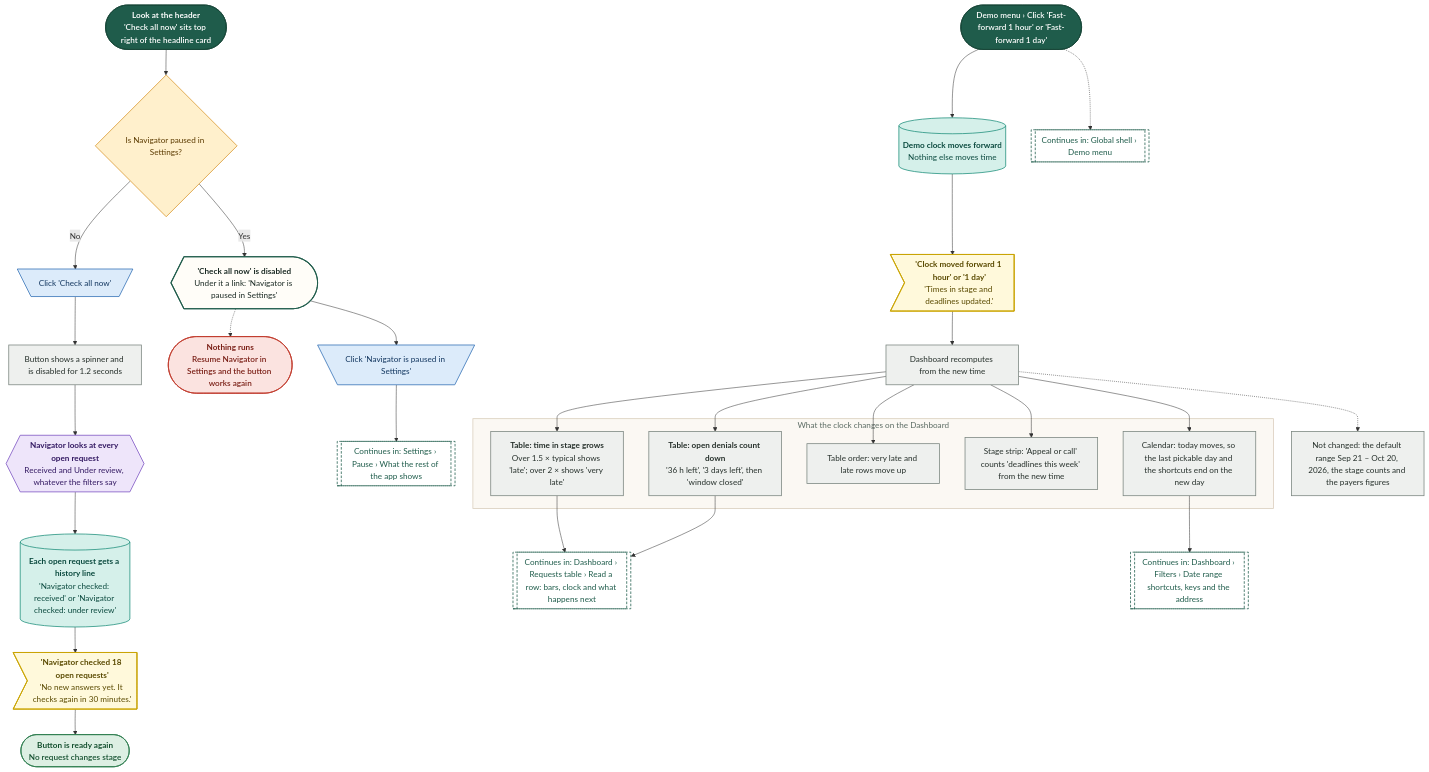
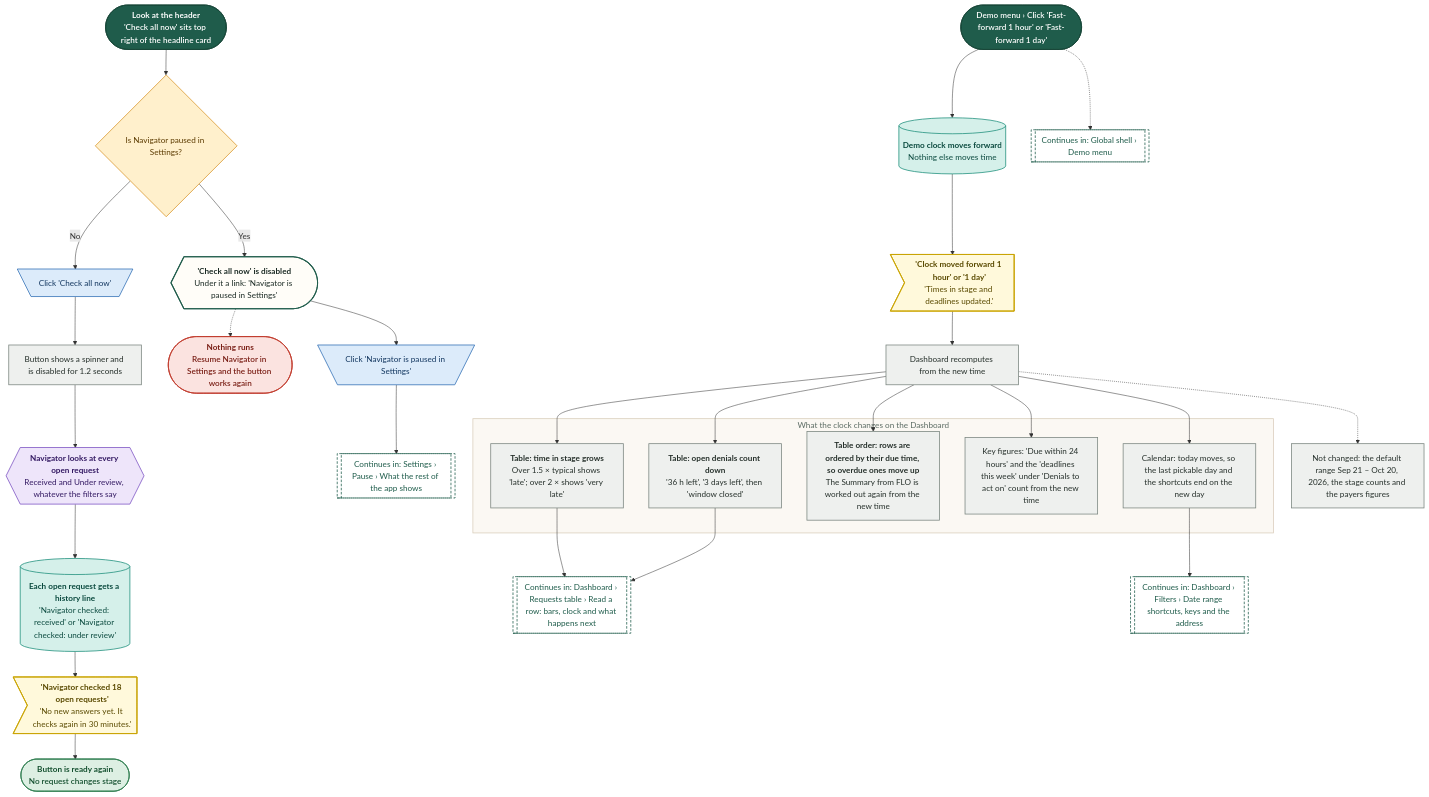
One commit to Shrav143/psyfloapp changed the third of 21 diagrams in demos/prior-auth-demo/workflows/out/md/02-dashboard.md. Above: the diagram before and after it, drawn with Mermaid. The commit also changed other lines of this file and 192 other files, not shown here.

First line of the commit message:
docs: changelog by sidebar tab; README, diagrams and Settings layout aligned with the refinement; shared InfoTip; referral cost-share line

````diff
--- a/demos/prior-auth-demo/workflows/out/md/02-dashboard.md
+++ b/demos/prior-auth-demo/workflows/out/md/02-dashboard.md
@@ -181,70 +195,70 @@
 ```mermaid
 %%{init: {"theme":"base","themeVariables":{"fontFamily":"'DM Sans', 'Segoe UI', system-ui, sans-serif","fontSize":"15px","lineColor":"#5B6B63","primaryTextColor":"#1C2B25","clusterBkg":"#FBF8F3","clusterBorder":"#D9CDBB","edgeLabelBackground":"#FFFFFF"},"flowchart":{"curve":"basis","nodeSpacing":36,"rankSpacing":48,"padding":12,"htmlLabels":true,"useMaxWidth":false,"wrappingWidth":230}} }%%
 flowchart TD
   classDef k_start fill:#1F5C4B,stroke:#174638,color:#FFFFFF,stroke-width:1.5px,font-weight:600
   classDef k_end fill:#DDEFE3,stroke:#2E7D4F,color:#14502F,stroke-width:1.5px,font-weight:600
   classDef k_endx fill:#FBE3E0,stroke:#C0392B,color:#7A1F16,stroke-width:1.5px,font-weight:600
   classDef k_screen fill:#FFFDF8,stroke:#1F5C4B,color:#1C2B25,stroke-width:2px
   classDef k_overlay fill:#F1F7F3,stroke:#1F5C4B,color:#1C2B25,stroke-width:2px,stroke-dasharray:5 3
   classDef k_click fill:#DCEBFA,stroke:#2F6DB5,color:#12365F,stroke-width:1.5px
   classDef k_input fill:#E4E7FF,stroke:#4C5FD5,color:#1D2670,stroke-width:1.5px
   classDef k_process fill:#EEF0EE,stroke:#7A857F,color:#26302B,stroke-width:1.5px
   classDef k_agent fill:#EEE5FA,stroke:#7A4FC2,color:#341A63,stroke-width:1.5px
   classDef k_decision fill:#FFF0CC,stroke:#D9962B,color:#5C3B00,stroke-width:1.5px
   classDef k_store fill:#D5F0EA,stroke:#1C8E7B,color:#0B4A3F,stroke-width:1.5px
   classDef k_doc fill:#F6E9DC,stroke:#B07A4C,color:#4A2E14,stroke-width:1.5px
   classDef k_ext fill:#FFE6D2,stroke:#E07B39,color:#6B2F06,stroke-width:1.5px
   classDef k_wait fill:#E4E8EE,stroke:#6B7C93,color:#26303D,stroke-width:1.5px
   classDef k_toast fill:#FFF9DB,stroke:#C9A400,color:#5A4A00,stroke-width:1.5px
   classDef k_goto fill:#FFFFFF,stroke:#1F5C4B,color:#1F5C4B,stroke-width:1.5px,stroke-dasharray:5 3
   s0@{ shape: stadium, label: "<b>Look at the header</b><br/>'Check all now' sits top right of the headline card" }
   dp@{ shape: diam, label: "Is Navigator paused in Settings?" }
   sp@{ shape: curv-trap, label: "<b>'Check all now' is disabled</b><br/>Under it a link: 'Navigator is paused in Settings'" }
   cs@{ shape: trap-t, label: "Click 'Navigator is paused in Settings'" }
   gs@{ shape: subproc, label: "Continues in: Settings › Pause › What the rest of the app shows" }
   xs@{ shape: stadium, label: "<b>Nothing runs</b><br/>Resume Navigator in Settings and the button works again" }
   s1@{ shape: trap-t, label: "Click 'Check all now'" }
   p1@{ shape: rect, label: "Button shows a spinner and is disabled for 1.2 seconds" }
   a1@{ shape: hex, label: "<b>Navigator looks at every open request</b><br/>Received and Under review, whatever the filters say" }
   w1@{ shape: cyl, label: "<b>Each open request gets a history line</b><br/>'Navigator checked: received' or 'Navigator checked: under review'" }
   t1@{ shape: odd, label: "<b>'Navigator checked 18 open requests'</b><br/>'No new answers yet. It checks again in 30 minutes.'" }
   e1@{ shape: stadium, label: "<b>Button is ready again</b><br/>No request changes stage" }
   s2@{ shape: stadium, label: "Demo menu › Click 'Fast-forward 1 hour' or 'Fast-forward 1 day'" }
   c1@{ shape: cyl, label: "<b>Demo clock moves forward</b><br/>Nothing else moves time" }
   t2@{ shape: odd, label: "<b>'Clock moved forward 1 hour' or '1 day'</b><br/>'Times in stage and deadlines updated.'" }
   p2@{ shape: rect, label: "Dashboard recomputes from the new time" }
   subgraph gClock ["What the clock changes on the Dashboard"]
   r1@{ shape: rect, label: "<b>Table: time in stage grows</b><br/>Over 1.5 × typical shows 'late'; over 2 × shows 'very late'" }
   r2@{ shape: rect, label: "<b>Table: open denials count down</b><br/>'36 h left', '3 days left', then 'window closed'" }
-  r3@{ shape: rect, label: "Table order: very late and late rows move up" }
-  r4@{ shape: rect, label: "Stage strip: 'Appeal or call' counts 'deadlines this week' from the new time" }
+  r3@{ shape: rect, label: "<b>Table order: rows are ordered by their due time, so overdue ones move up</b><br/>The Summary from FLO is worked out again from the new time" }
+  r4@{ shape: rect, label: "Key figures: 'Due within 24 hours' and the 'deadlines this week' under 'Denials to act on' count from the new time" }
   r5@{ shape: rect, label: "Calendar: today moves, so the last pickable day and the shortcuts end on the new day" }
   end
   p3@{ shape: rect, label: "Not changed: the default range Sep 21 – Oct 20, 2026, the stage counts and the payers figures" }
   g1@{ shape: subproc, label: "Continues in: Global shell › Demo menu" }
   g2@{ shape: subproc, label: "Continues in: Dashboard › Requests table › Read a row: bars, clock and what happens next" }
   g3@{ shape: subproc, label: "Continues in: Dashboard › Filters › Date range shortcuts, keys and the address" }
   s0 --> dp
   dp -->|"No"| s1 --> p1 --> a1 --> w1 --> t1 --> e1
   dp -->|"Yes"| sp --> cs --> gs
   sp -.-> xs
   s2 --> c1 --> t2 --> p2
   p2 --> r1 & r2 & r3 & r4 & r5
   r1 --> g2
   r2 --> g2
   r5 --> g3
   p2 -.-> p3
   s2 -.-> g1
   class s0,s2 k_start
   class dp k_decision
   class sp k_screen
   class cs,s1 k_click
   class gs,g1,g2,g3 k_goto
   class xs k_endx
   class p1,p2,r1,r2,r3,r4,r5,p3 k_process
   class a1 k_agent
   class w1,c1 k_store
   class t1,t2 k_toast
   class e1 k_end
   style gClock fill:#FBF8F3,stroke:#D9CDBB,stroke-width:1.5px,color:#5B6B63
 ```
````
